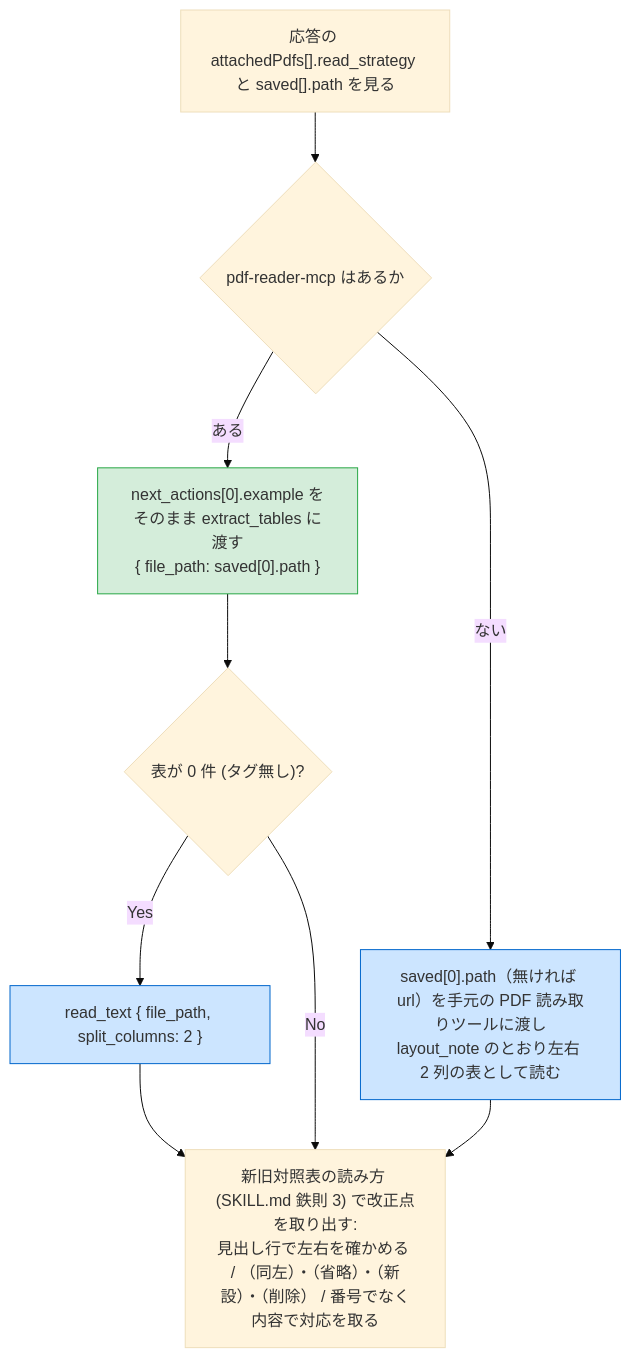
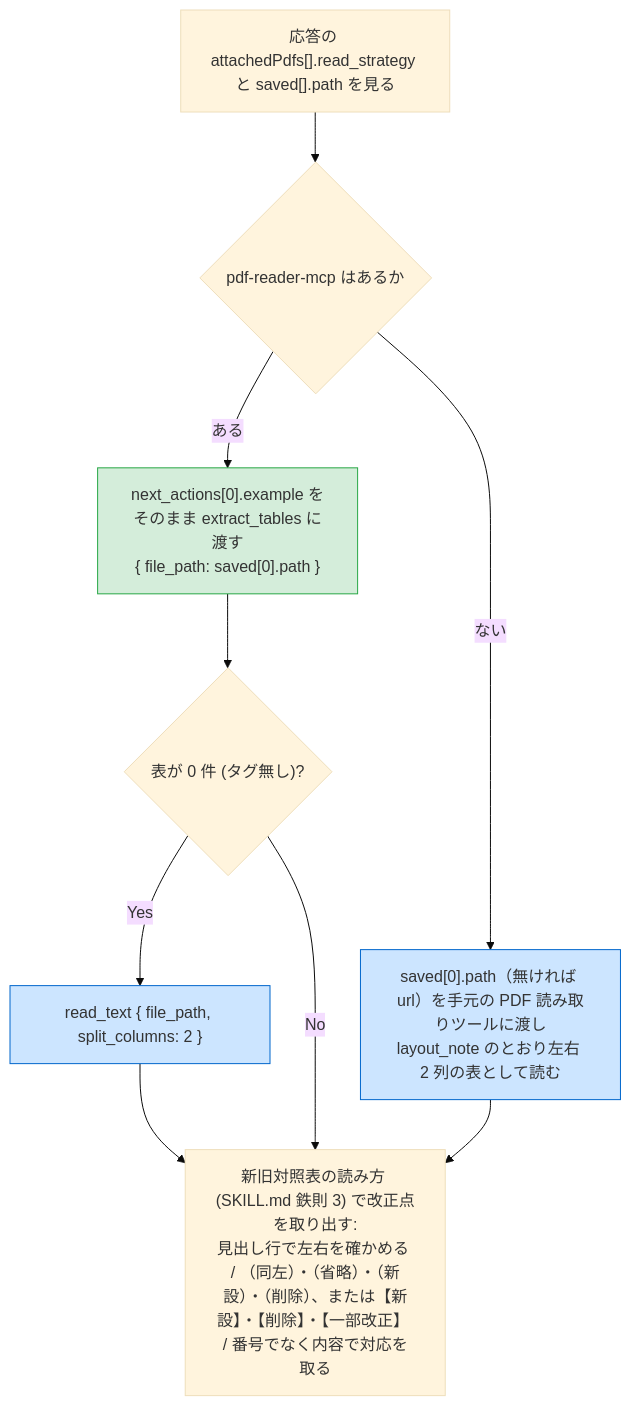
One commit to shuji-bonji/houki-research-skill changed the second of 2 diagrams in skills/houki-research/workflows/tax-research.md. Above: the diagram before and after it, drawn with Mermaid (base theme). The commit also changed other lines of this file and 7 other files, not shown here.

````diff
--- a/skills/houki-research/workflows/tax-research.md
+++ b/skills/houki-research/workflows/tax-research.md
@@ -243,17 +249,17 @@
 ```mermaid
 flowchart TB
   meta["応答の attachedPdfs[].read_strategy と saved[].path を見る"]
   meta --> reader{"pdf-reader-mcp はあるか"}
   reader -->|ある| t1["next_actions[0].example をそのまま extract_tables に渡す<br/>{ file_path: saved[0].path }"]
   reader -->|ない| t2["saved[0].path（無ければ url）を手元の PDF 読み取りツールに渡し<br/>layout_note のとおり左右 2 列の表として読む"]
   t1 --> q2{"表が 0 件 (タグ無し)?"}
   q2 -->|Yes| t3["read_text { file_path, split_columns: 2 }"]
   q2 -->|No| diff
-  t2 --> diff["新旧対照表の読み方 (SKILL.md 鉄則 3) で改正点を取り出す:<br/>見出し行で左右を確かめる / （同左）・（省略）・（新設）・（削除） / 番号でなく内容で対応を取る"]
+  t2 --> diff["新旧対照表の読み方 (SKILL.md 鉄則 3) で改正点を取り出す:<br/>見出し行で左右を確かめる / （同左）・（省略）・（新設）・（削除）、または【新設】・【削除】・【一部改正】 / 番号でなく内容で対応を取る"]
   t3 --> diff
 
   classDef pri fill:#d4edda,stroke:#28a745
   classDef sec fill:#cce5ff,stroke:#0066cc
   class t1 pri
   class t2,t3 sec
 ```
````
